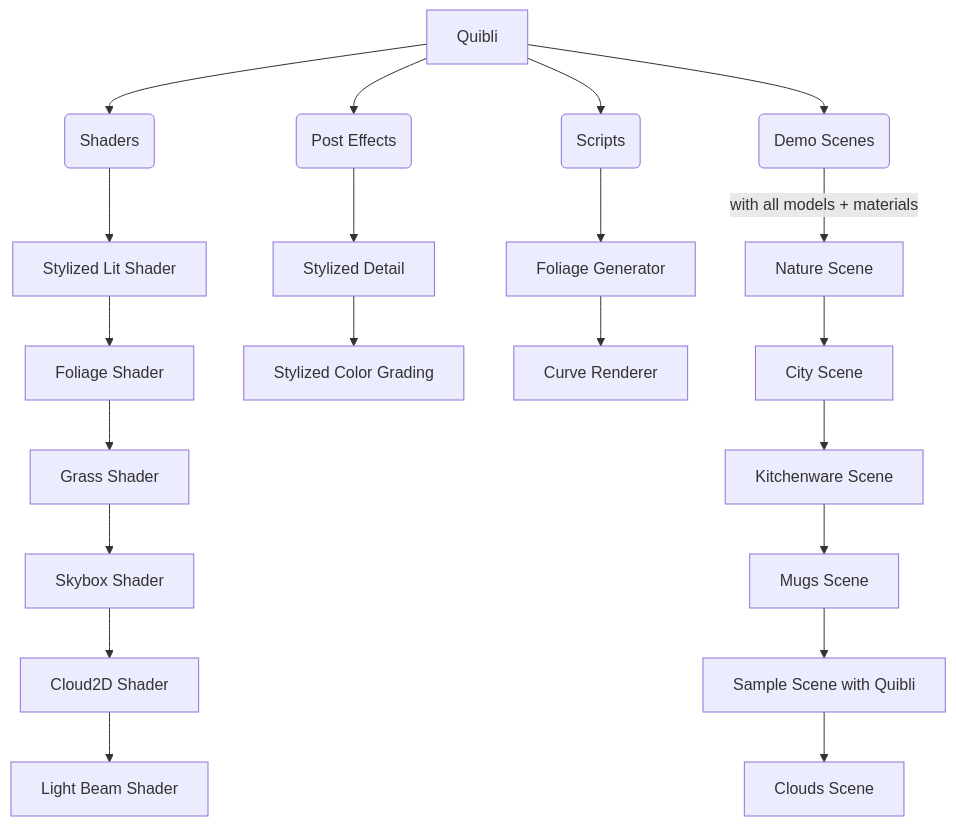
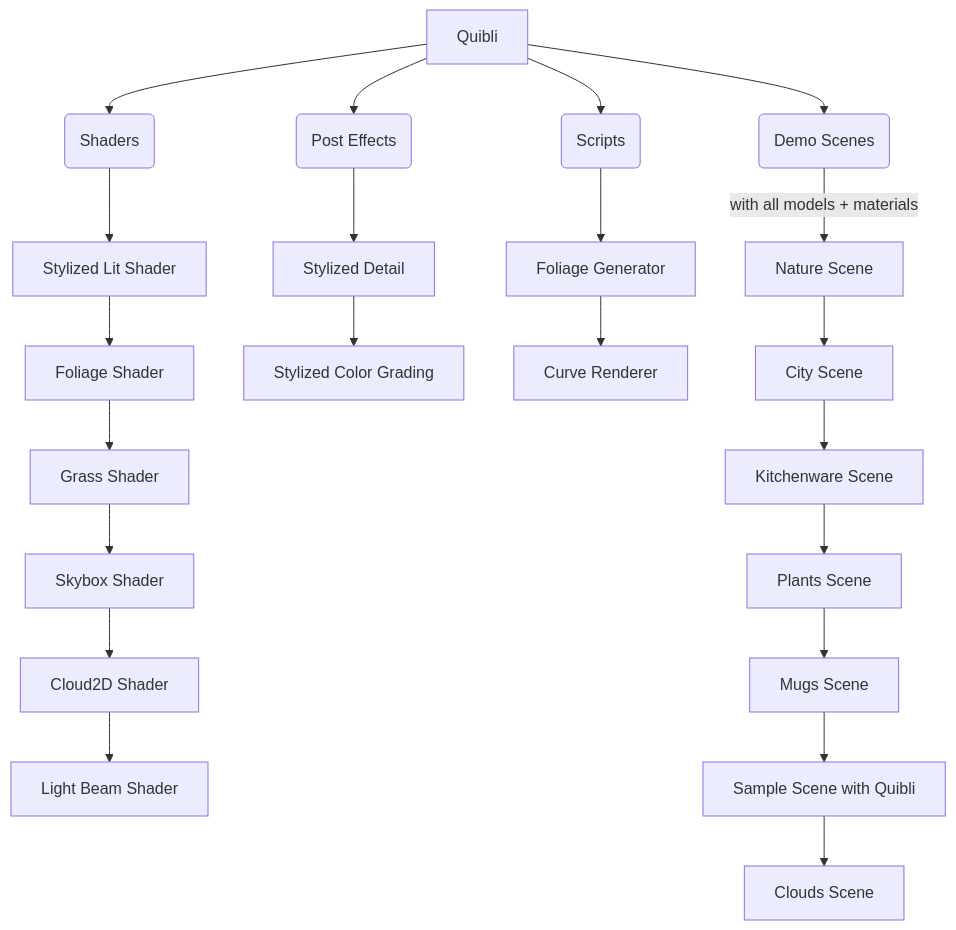
Before and after one commit to dustyroom-studio/quibli-doc: the diagram in _docs/what-is-quibli-a-brief-overview.md, drawn with Mermaid. The commit also changed 5 other files, not shown here.

```diff
--- a/_docs/what-is-quibli-a-brief-overview.md
+++ b/_docs/what-is-quibli-a-brief-overview.md
@@ -34,23 +34,24 @@
 <div class="mermaid">
 graph TD
 A[Quibli] --> B(Shaders)
 A --> C(Post Effects)
 A --> D(Scripts)
 A --> E(Demo Scenes)
 B --> G[Stylized Lit Shader]
 G --> H[Foliage Shader]
 H --> I[Grass Shader]
 I --> J[Skybox Shader]
 J --> K[Cloud2D Shader]
 K --> L[Light Beam Shader]
 C --> N[Stylized Detail]
 N --> O[Stylized Color Grading]
 D --> Q[Foliage Generator]
 Q --> R[Curve Renderer]
 E -->|with all models + materials| T[Nature Scene]
 T --> U[City Scene]
 U --> V[Kitchenware Scene]
-V --> W[Mugs Scene]
-W --> X[Sample Scene with Quibli]
-X --> Y[Clouds Scene]
+V --> W[Plants Scene]
+W --> X[Mugs Scene]
+X --> Y[Sample Scene with Quibli]
+Y --> Z[Clouds Scene]
 </div>
```
